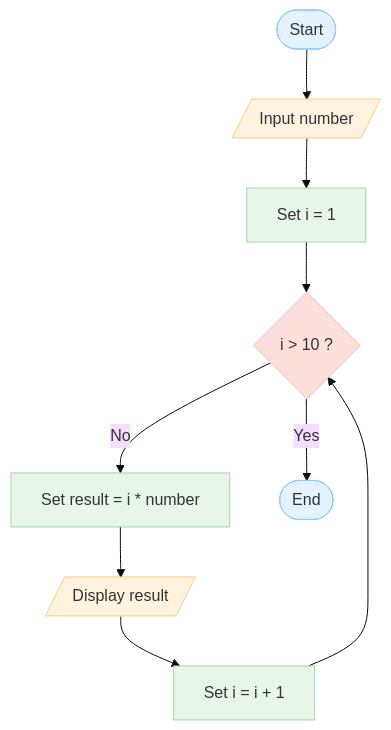
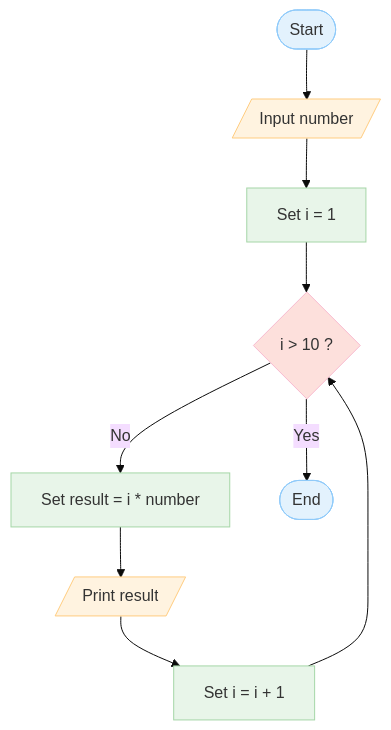
Before and after one commit to joelBIT/workshop-pseudocode-flowcharts: the eighth of 9 diagrams in README.md, drawn with Mermaid (base theme). The commit also changed other lines of this file, not shown here.

Commit message:
Update display messages in flowcharts

````diff
--- a/README.md
+++ b/README.md
@@ -299,16 +299,16 @@
 ```mermaid
 flowchart TD
     A([Start]):::term --> B[/Input number/]:::io
     B --> C[Set i = 1]:::proc
     C --> D{i > 10 ?}:::dec
     D -- No --> E[Set result = i * number]:::proc
     D -- Yes --> I([End]):::term
-    E --> F[/Display result/]:::io
+    E --> F[/Print result/]:::io
     F --> G[Set i = i + 1]:::proc
     G --> D
 
 classDef term fill:#e3f2fd,stroke:#90caf9,color:#333,stroke-width:1px;
 classDef io fill:#fff3e0,stroke:#ffcc80,color:#333,stroke-width:1px;
 classDef dec fill:#fde0dc,stroke:#f8bbd0,color:#333,stroke-width:1px;
 classDef proc fill:#e8f5e9,stroke:#a5d6a7,color:#333,stroke-width:1px;
 ```
````
